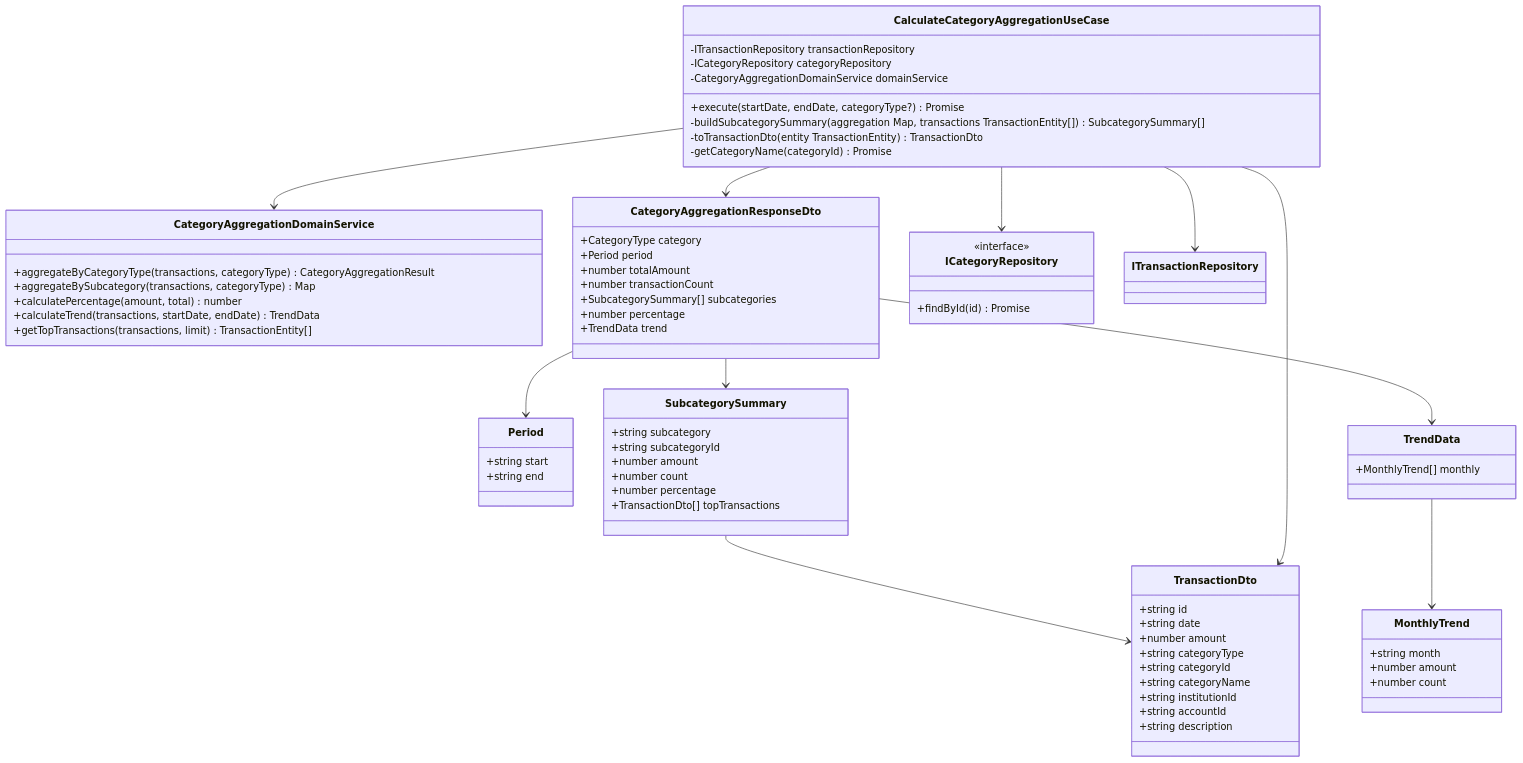
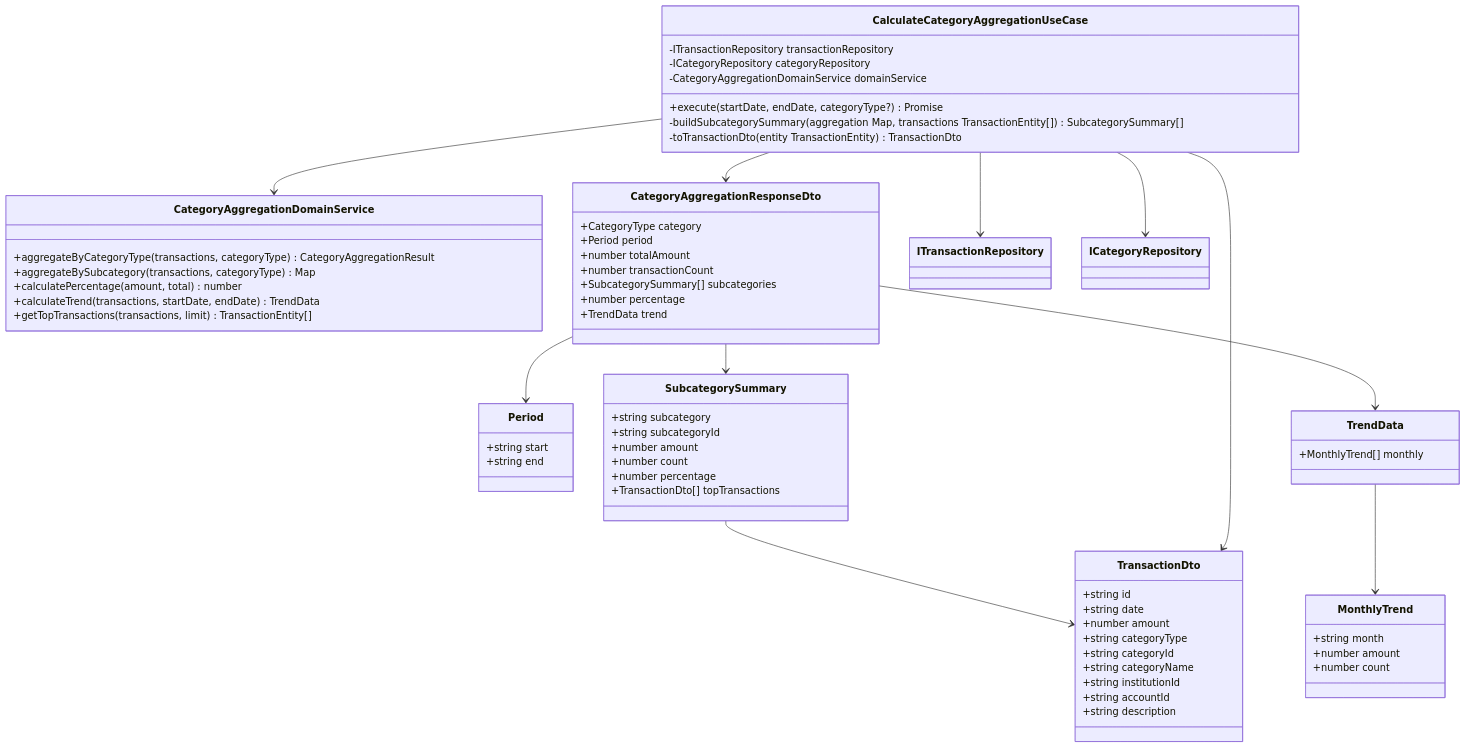
One commit to kencom2400/account-book changed the second of 4 diagrams in docs/detailed-design/FR-018_category-aggregation/class-diagrams.md. Above: the diagram before and after it, drawn with Mermaid. The commit also changed 2 other files, not shown here.

Commit message:
docs: Gemini指摘対応 - 残りの4件の修正
1. シーケンス図の特定カテゴリのみ集計のレスポンス形式を配列に修正
2. CalculateCategoryAggregationUseCaseのgetCategoryNameメソッドを削除（N+1問題対策）
3. ICategoryRepositoryをDomain層に移動（Onion Architecture原則）
4. README.mdのデータモデルセクションを整理（ドメインモデルとDTOの分離）

Issue: #47

````diff
--- a/docs/detailed-design/FR-018_category-aggregation/class-diagrams.md
+++ b/docs/detailed-design/FR-018_category-aggregation/class-diagrams.md
@@ -139,82 +145,76 @@
 ```mermaid
 classDiagram
     class CalculateCategoryAggregationUseCase {
         -ITransactionRepository transactionRepository
         -ICategoryRepository categoryRepository
         -CategoryAggregationDomainService domainService
         +execute(startDate, endDate, categoryType?) Promise<CategoryAggregationResponseDto[]>
         -buildSubcategorySummary(aggregation Map<string, SubcategoryAggregationData>, transactions TransactionEntity[]) SubcategorySummary[]
         -toTransactionDto(entity TransactionEntity) TransactionDto
-        -getCategoryName(categoryId) Promise<string>
     }
 
     class CategoryAggregationDomainService {
         +aggregateByCategoryType(transactions, categoryType) CategoryAggregationResult
         +aggregateBySubcategory(transactions, categoryType) Map<string, SubcategoryAggregationData>
         +calculatePercentage(amount, total) number
         +calculateTrend(transactions, startDate, endDate) TrendData
         +getTopTransactions(transactions, limit) TransactionEntity[]
     }
 
     class CategoryAggregationResponseDto {
         +CategoryType category
         +Period period
         +number totalAmount
         +number transactionCount
         +SubcategorySummary[] subcategories
         +number percentage
         +TrendData trend
     }
 
     class Period {
         +string start
         +string end
     }
 
     class SubcategorySummary {
         +string subcategory
         +string subcategoryId
         +number amount
         +number count
         +number percentage
         +TransactionDto[] topTransactions
     }
 
     class TransactionDto {
         +string id
         +string date
         +number amount
         +string categoryType
         +string categoryId
         +string categoryName
         +string institutionId
         +string accountId
         +string description
     }
 
     class TrendData {
         +MonthlyTrend[] monthly
     }
 
     class MonthlyTrend {
         +string month
         +number amount
         +number count
     }
 
-    class ICategoryRepository {
-        <<interface>>
-        +findById(id) Promise<CategoryEntity | null>
-    }
-
     CalculateCategoryAggregationUseCase --> ITransactionRepository
     CalculateCategoryAggregationUseCase --> ICategoryRepository
     CalculateCategoryAggregationUseCase --> CategoryAggregationDomainService
     CalculateCategoryAggregationUseCase --> CategoryAggregationResponseDto
     CategoryAggregationResponseDto --> Period
     CategoryAggregationResponseDto --> SubcategorySummary
     CategoryAggregationResponseDto --> TrendData
     SubcategorySummary --> TransactionDto
     TrendData --> MonthlyTrend
     CalculateCategoryAggregationUseCase --> TransactionDto
 ```
````
